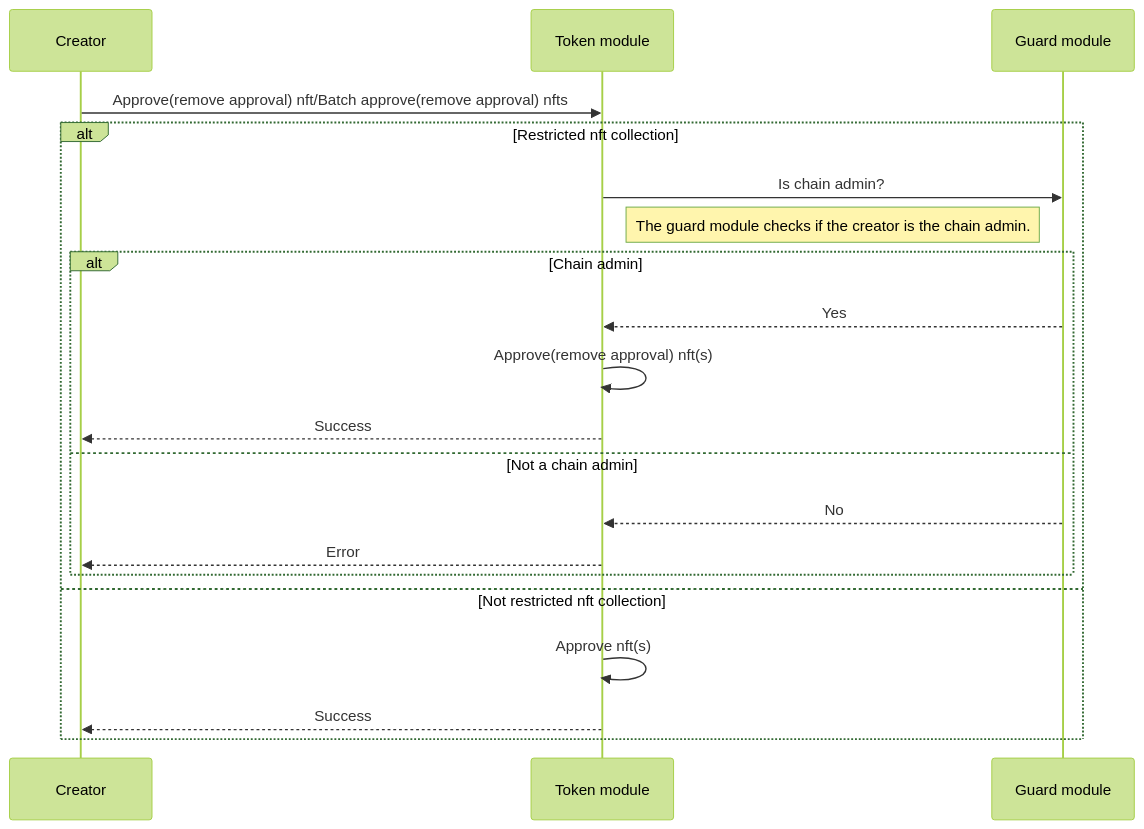
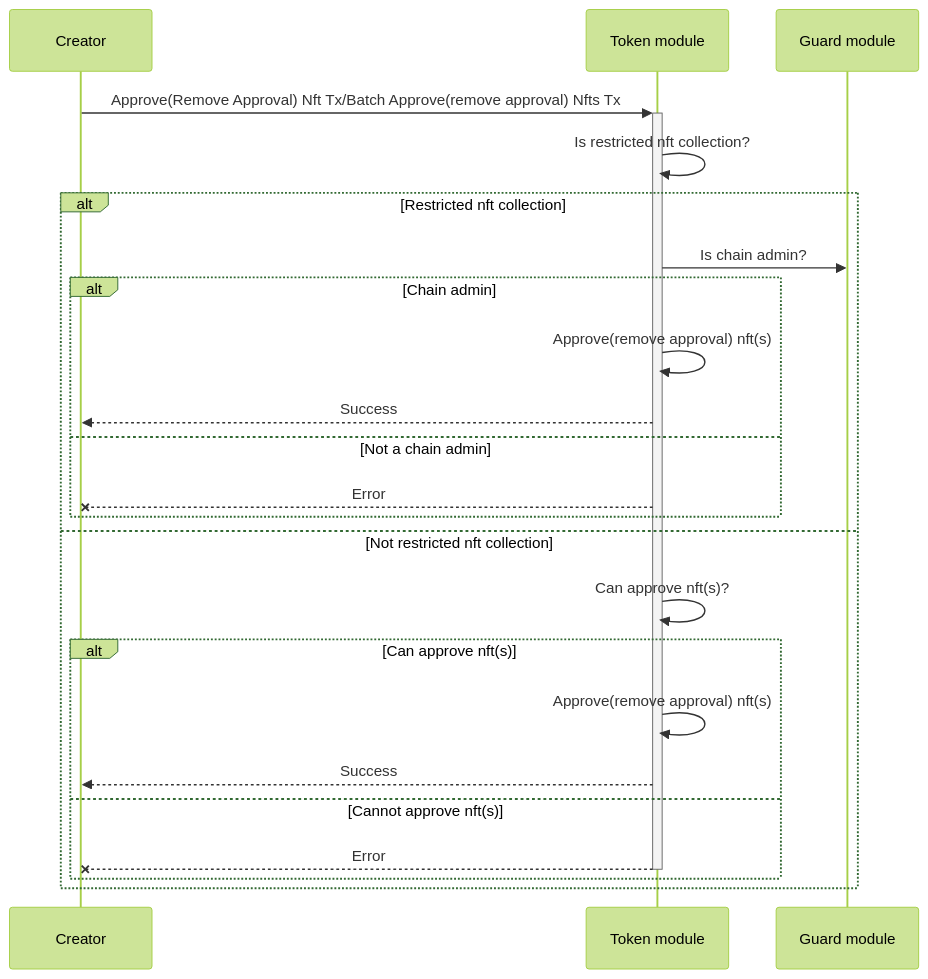
One commit to MANTRA-Chain/mantrachain changed the fourth of 7 diagrams in x/token/spec/01_txs_flows.md. Above: the diagram before and after it, drawn with Mermaid (forest theme). The commit also changed other lines of this file and 12 other files, not shown here.

Commit message:
docs: add update txs flows docs

````diff
--- a/x/token/spec/01_txs_flows.md
+++ b/x/token/spec/01_txs_flows.md
@@ -83,19 +89,22 @@
 ```mermaid
 sequenceDiagram
-Creator ->> Token module: Approve(remove approval) nft/Batch approve(remove approval) nfts
+Creator->>+Token module: Approve(Remove Approval) Nft Tx/Batch Approve(remove approval) Nfts Tx
+Token module->>Token module: Is restricted nft collection?
 alt Restricted nft collection
   Token module->>Guard module: Is chain admin?
-  Note left of Guard module: The guard module checks if the creator is the chain admin.
   alt Chain admin
-    Guard module-->> Token module: Yes
-    Token module->> Token module: Approve(remove approval) nft(s)
-    Token module-->> Creator: Success
+    Token module->>Token module: Approve(remove approval) nft(s)
+    Token module-->>Creator: Success
   else Not a chain admin
-    Guard module-->> Token module: No
-    Token module-->> Creator: Error
+    Token module--xCreator: Error
   end
 else Not restricted nft collection
-  Token module->> Token module: Approve nft(s)
-  Token module-->> Creator: Success
+  Token module->>Token module: Can approve nft(s)?
+  alt Can approve nft(s)
+    Token module->>Token module: Approve(remove approval) nft(s)
+    Token module-->>Creator: Success
+  else Cannot approve nft(s)
+    Token module--x-Creator: Error
+  end
 end
 ```
````
